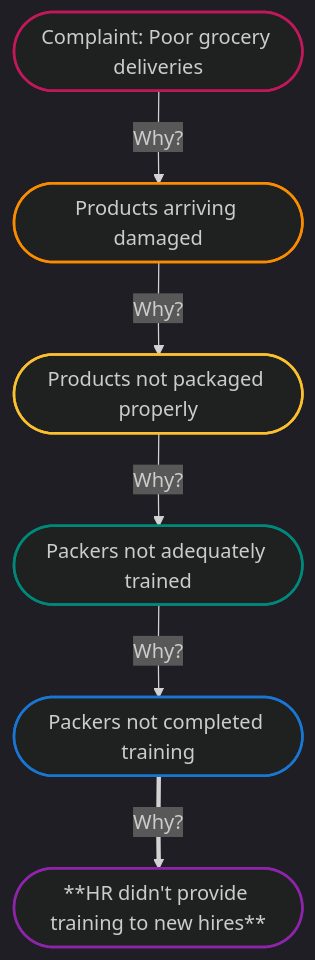
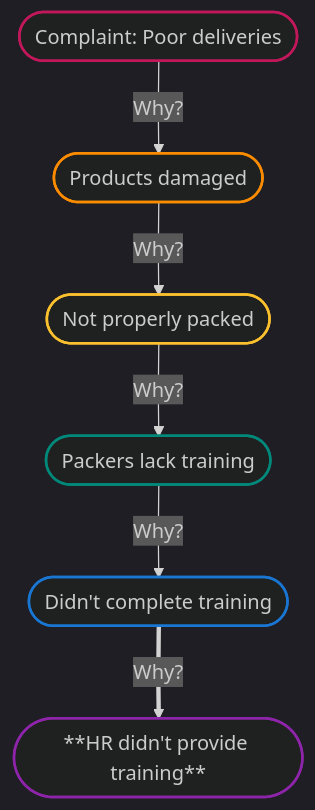
The second of 2 diagrams in 1-Foundations-Data-Data-Everywhere/1-Introducing-data-analytics.md (krauseannelize/notes-google-data-analytics-prof), drawn with Mermaid before and after one commit.

Commit message:
Update Mermaid diagram for better fit

````diff
--- a/1-Foundations-Data-Data-Everywhere/1-Introducing-data-analytics.md
+++ b/1-Foundations-Data-Data-Everywhere/1-Introducing-data-analytics.md
@@ -112,31 +112,31 @@
 ```mermaid
 ---
 config:
     theme: dark
     look: classic
 ---
 
 flowchart TB
 %% Nodes
-A([Complaint: Poor grocery deliveries])
-B([Products arriving damaged])
-C([Products not packaged properly])
-D([Packers not adequately trained])
-E([Packers not completed training])
-root([**HR didn't provide training to new hires**])
+A([Complaint: Poor deliveries])
+B([Products damaged])
+C([Not properly packed])
+D([Packers lack training])
+E([Didn't complete training])
+root([**HR didn't provide training**])
 
 %% Flow
 A --Why?--> B
 B --Why?--> C
 C --Why?--> D
 D --Why?--> E
 E ==Why?==> root
 
 %% Styling
 style A stroke:#C2185B, stroke-width:2px;
 style B stroke:#FB8C00,stroke-width:2px;
 style C stroke:#FBC02D,stroke-width:2px;
 style D stroke:#00897B,stroke-width:2px;
 style E stroke:#1976D2,stroke-width:2px;
 style root stroke:#8E24AA,stroke-width:2px;
 ```
````
